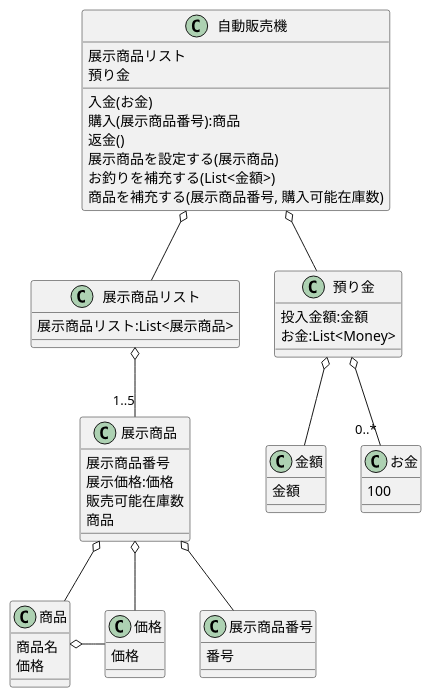
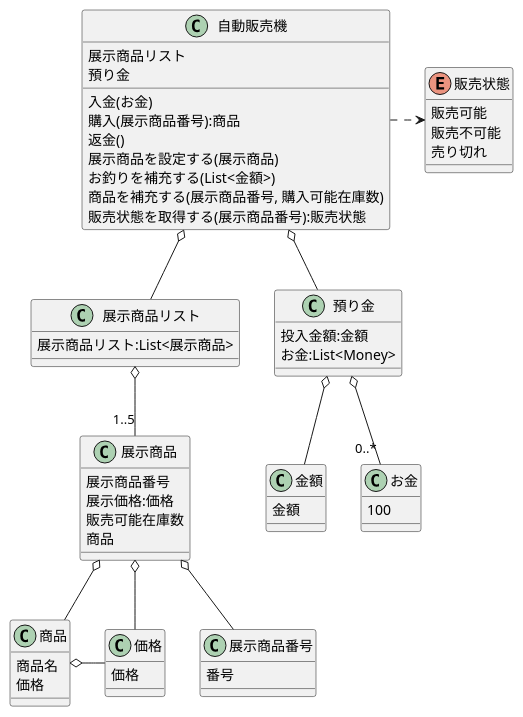
Before and after one commit to TakashiOnawa/ModelingPractice-VendingMachine: the diagram in modeling/DomainModel.md, drawn with PlantUML. The commit also changed 2 other files, not shown here.

Commit message:
販売状態を取得する処理を追加。

````diff
--- a/modeling/DomainModel.md
+++ b/modeling/DomainModel.md
@@ -1,70 +1,79 @@
 ```puml
 @startuml
 class 自動販売機
 {
     展示商品リスト
     預り金
     入金(お金)
     購入(展示商品番号):商品
     返金()
     展示商品を設定する(展示商品)
     お釣りを補充する(List<金額>)
     商品を補充する(展示商品番号, 購入可能在庫数)
+    販売状態を取得する(展示商品番号):販売状態
 }
 
 class 展示商品リスト
 {
     展示商品リスト:List<展示商品>
 }
 
 class 展示商品
 {
     展示商品番号
     展示価格:価格
     販売可能在庫数
     商品
 }
 
 class 展示商品番号
 {
     番号
 }
 
 class 商品
 {
     商品名
     価格
 }
 
 class 預り金
 {
     投入金額:金額
     お金:List<Money>
 }
 
 class 金額
 {
     金額
 }
 
 class お金
 {
     100
 }
 
 class 価格
 {
     価格
 }
 
+enum 販売状態
+{
+    販売可能
+    販売不可能
+    売り切れ
+}
+
 自動販売機 o-- 展示商品リスト
 自動販売機 o-- 預り金
+自動販売機 .> 販売状態
 展示商品リスト o-- "1..5" 展示商品
 展示商品 o-- 展示商品番号
 展示商品 o-- 価格
 展示商品 o-- 商品
 預り金 o-- "0..*" お金
 預り金 o-- 金額
 商品 o- 価格
 @enduml
 ```
````
